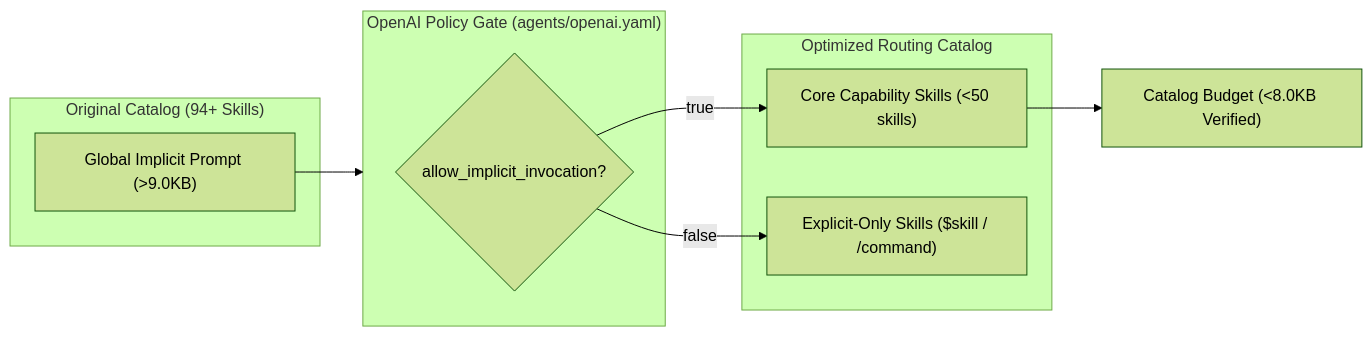
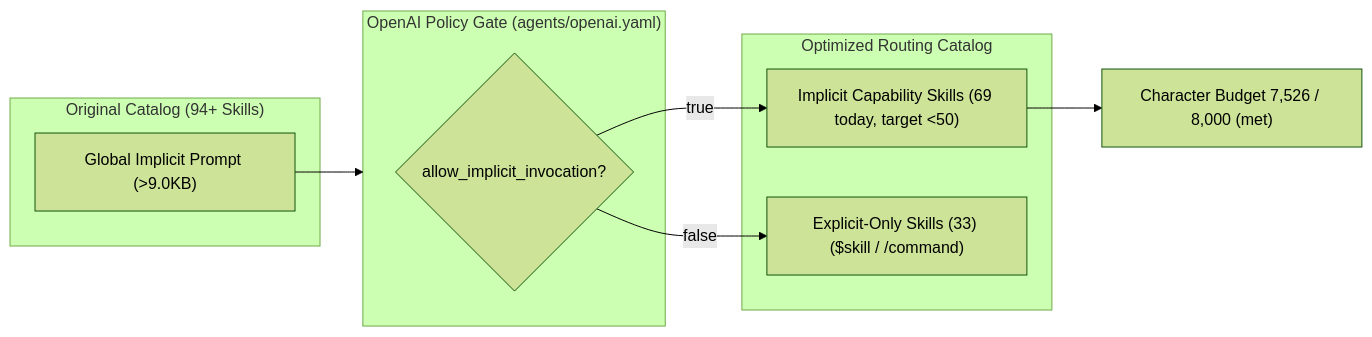
The second of 2 diagrams in docs/prd/agentic-tool-enhancement.md (allenlin90/eridu-services), drawn with Mermaid (forest theme) before and after one commit. The commit also changed other lines of this file and 32 other files, not shown here.

````diff
--- a/docs/prd/agentic-tool-enhancement.md
+++ b/docs/prd/agentic-tool-enhancement.md
@@ -60,20 +60,20 @@
 ```mermaid
 flowchart LR
     subgraph RawCatalog ["Original Catalog (94+ Skills)"]
         RawPrompt["Global Implicit Prompt (>9.0KB)"]
     end
 
     subgraph PolicyGate ["OpenAI Policy Gate (agents/openai.yaml)"]
         CheckImplicit{"allow_implicit_invocation?"}
     end
 
     subgraph FilteredCatalog ["Optimized Routing Catalog"]
-        ImplicitSkills["Core Capability Skills (<50 skills)"]
-        ExplicitSkills["Explicit-Only Skills ($skill / /command)"]
+        ImplicitSkills["Implicit Capability Skills (69 today, target &lt;50)"]
+        ExplicitSkills["Explicit-Only Skills (33) ($skill / /command)"]
     end
 
     RawPrompt --> PolicyGate
     CheckImplicit -->|true| ImplicitSkills
     CheckImplicit -->|false| ExplicitSkills
-    ImplicitSkills --> BudgetCheck["Catalog Budget (<8.0KB Verified)"]
+    ImplicitSkills --> BudgetCheck["Character Budget 7,526 / 8,000 (met)"]
 ```
````
